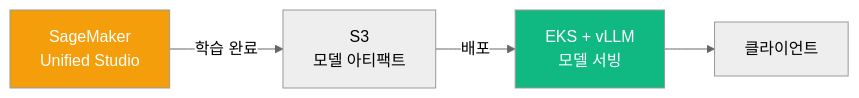
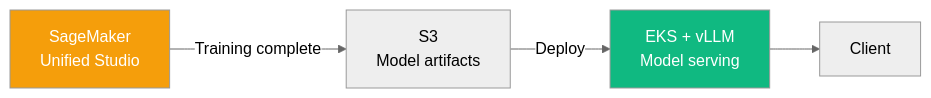
One commit to devfloor9/engineering-playbook changed the sixth of 7 diagrams in docs/agentic-ai-platform/design-architecture/platform-selection/ai-platform-decision-framework.md. Above: the diagram before and after it, drawn with Mermaid (neutral theme). The commit also changed other lines of this file and 954 other files, not shown here.

````diff
--- a/docs/agentic-ai-platform/design-architecture/platform-selection/ai-platform-decision-framework.md
+++ b/docs/agentic-ai-platform/design-architecture/platform-selection/ai-platform-decision-framework.md
@@ -270,9 +270,9 @@
 ```mermaid
 flowchart LR
-    Dev["SageMaker<br/>Unified Studio"] -->|"학습 완료"| S3["S3<br/>모델 아티팩트"]
-    S3 -->|"배포"| EKS["EKS + vLLM<br/>모델 서빙"]
-    EKS --> Client["클라이언트"]
+    Dev["SageMaker<br/>Unified Studio"] -->|"Training complete"| S3["S3<br/>Model artifacts"]
+    S3 -->|"Deploy"| EKS["EKS + vLLM<br/>Model serving"]
+    EKS --> Client["Client"]
     
     style Dev fill:#f59e0b,color:#fff
     style EKS fill:#10b981,color:#fff
 ```
````
